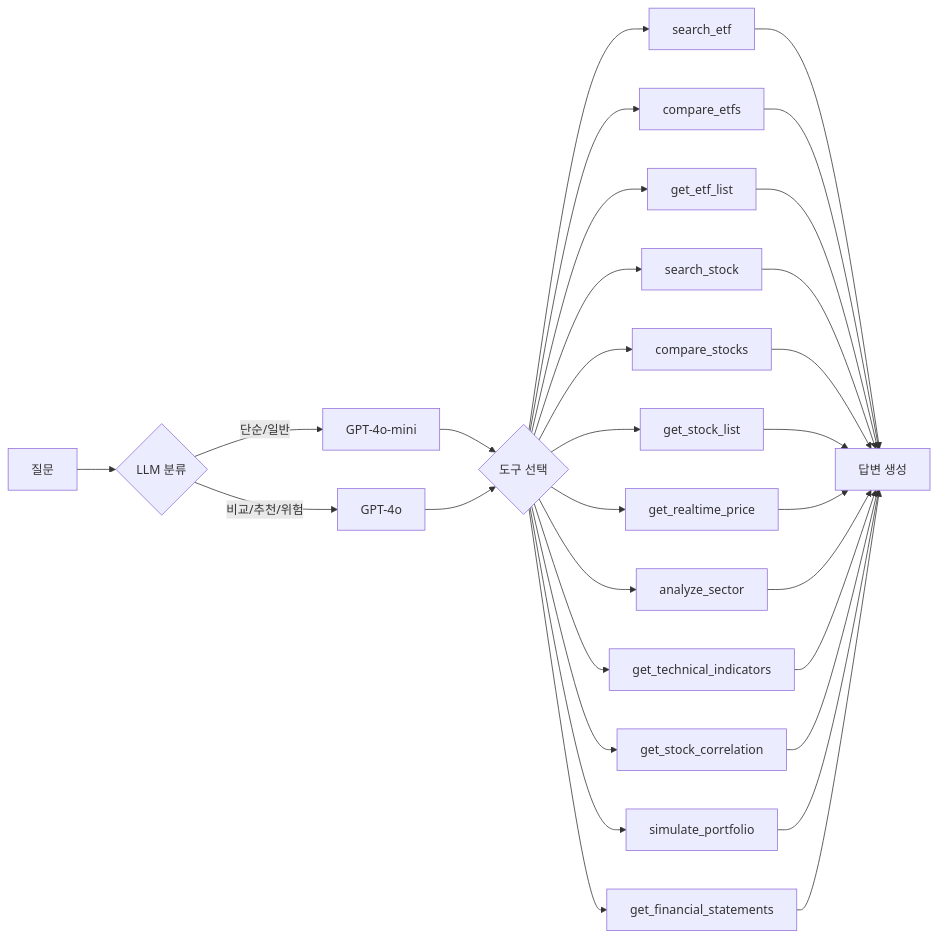
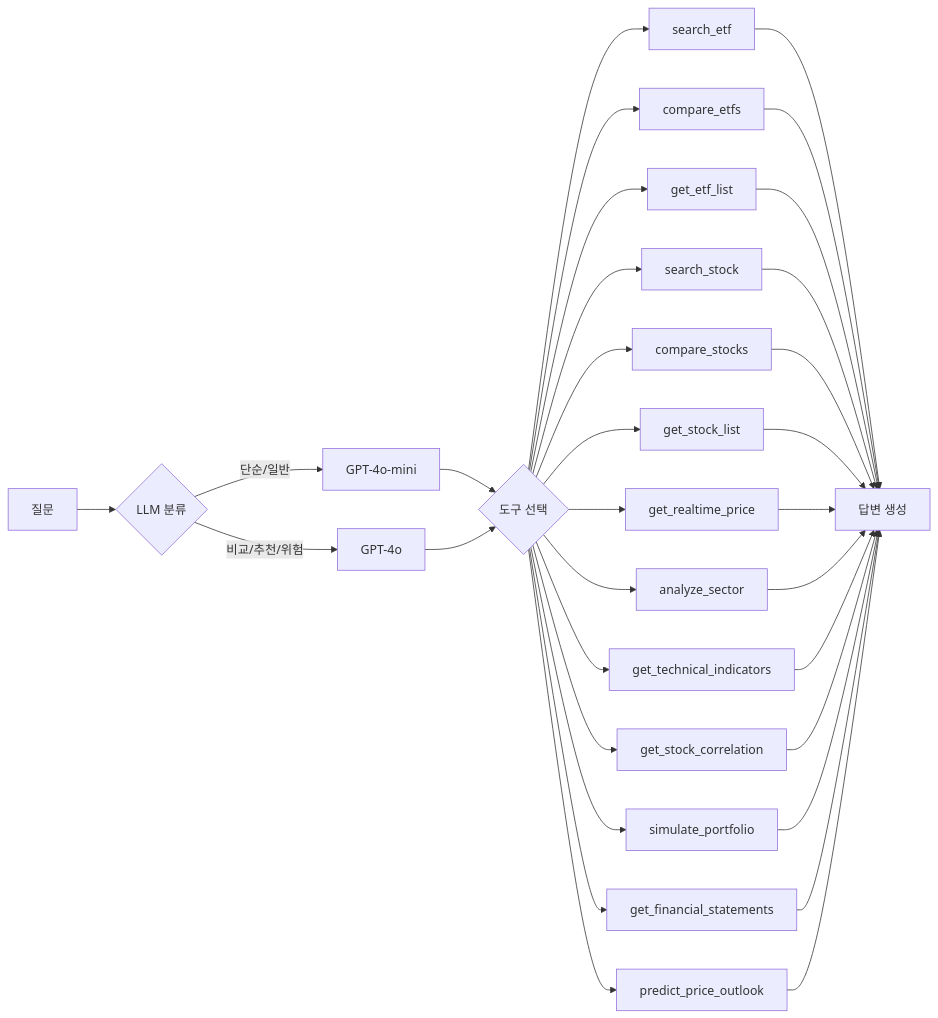
One commit to m2222n/AI_agent changed the diagram in README.md. Above: the diagram before and after it, drawn with Mermaid. The commit also changed other lines of this file and 2 other files, not shown here.

````diff
--- a/README.md
+++ b/README.md
@@ -39,21 +39,22 @@
 ```mermaid
 graph LR
     Q[질문] --> C{LLM 분류}
     C -->|단순/일반| Mini[GPT-4o-mini]
     C -->|비교/추천/위험| Pro[GPT-4o]
     Mini --> T{도구 선택}
     Pro --> T
     T --> S1[search_etf]
     T --> S2[compare_etfs]
     T --> S3[get_etf_list]
     T --> S4[search_stock]
     T --> S5[compare_stocks]
     T --> S6[get_stock_list]
     T --> S7[get_realtime_price]
     T --> S8[analyze_sector]
     T --> S9[get_technical_indicators]
     T --> S10[get_stock_correlation]
     T --> S11[simulate_portfolio]
     T --> S12[get_financial_statements]
-    S1 & S2 & S3 & S4 & S5 & S6 & S7 & S8 & S9 & S10 & S11 & S12 --> R[답변 생성]
+    T --> S13[predict_price_outlook]
+    S1 & S2 & S3 & S4 & S5 & S6 & S7 & S8 & S9 & S10 & S11 & S12 & S13 --> R[답변 생성]
 ```
````
